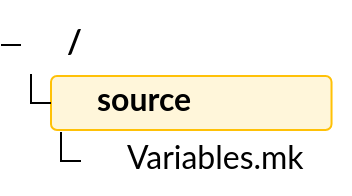
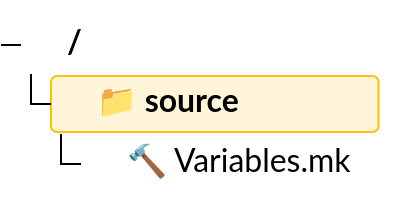
The diagram in README.md (Zai4ikManiak/Cyber-Security-Study), drawn with Mermaid before and after one commit.

Commit message:
modified:   README.md

````diff
--- a/README.md
+++ b/README.md
@@ -2,15 +2,11 @@
 ```mermaid
 ---
 config:
     treeView:
         showIcons: true
         defaultIconPack: material-icon-theme
-        filenameIcons:
-            source: 📁
-        extensionIcons:
-            .mk: 🔨
 ---
 treeView-beta
-    source/ :::highlight
-        Variables.mk
+    📁 source/ :::highlight
+        🔨 Variables.mk
 ```
````
